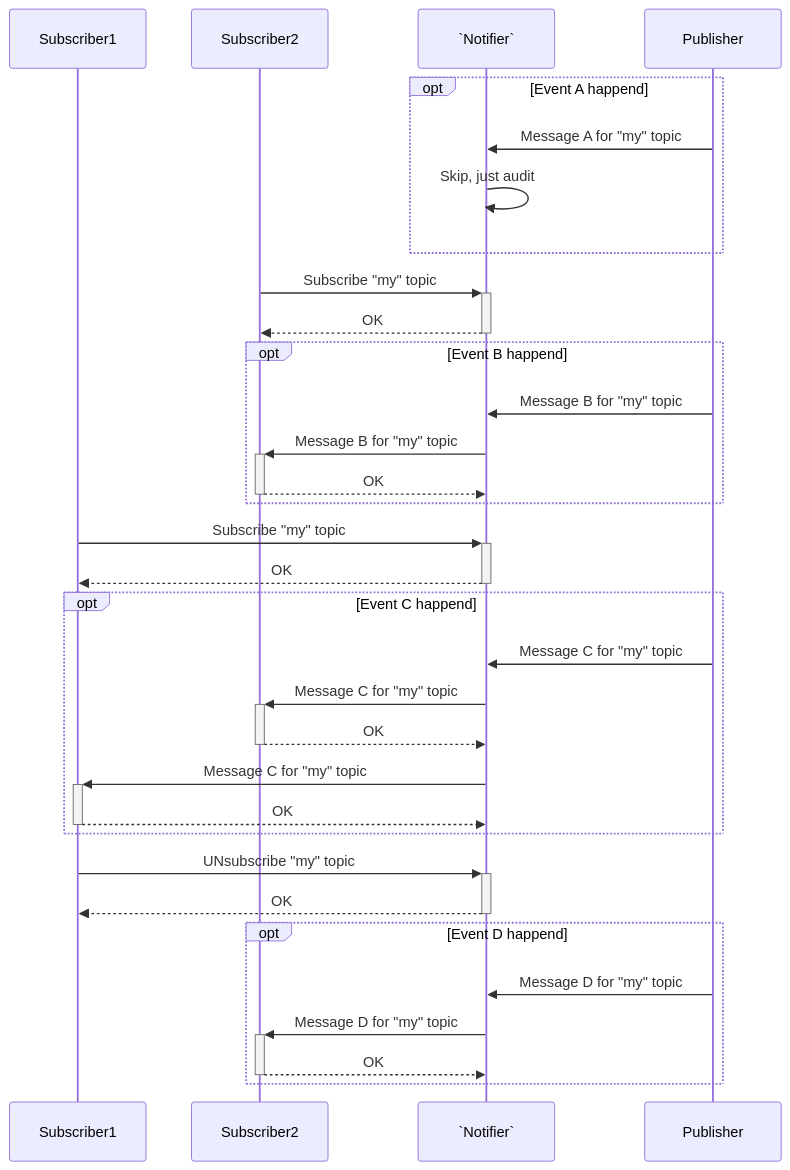
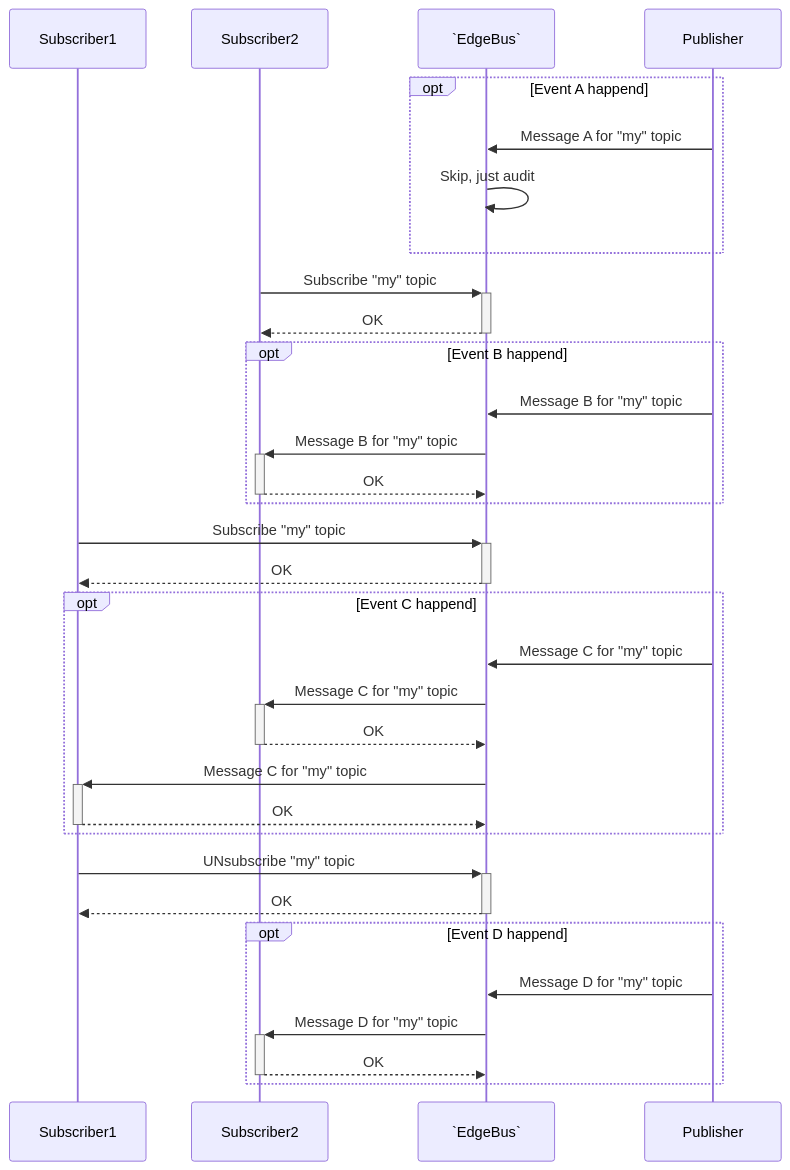
The diagram in docs/_bak/notifier.md (edgebus/edgebus), drawn with Mermaid before and after one commit. The commit also changed other lines of this file and 61 other files, not shown here.

````diff
--- a/docs/_bak/notifier.md
+++ b/docs/_bak/notifier.md
@@ -12,34 +12,34 @@
 ```mermaid
 sequenceDiagram
 	participant Subscriber1
 	participant Subscriber2
-	participant `Notifier`
+	participant `EdgeBus`
 	participant Publisher
 	opt Event A happend
-		Publisher->>`Notifier`: Message A for "my" topic
-		`Notifier`->>`Notifier`: Skip, just audit
+		Publisher->>`EdgeBus`: Message A for "my" topic
+		`EdgeBus`->>`EdgeBus`: Skip, just audit
 	end
-	Subscriber2->>+`Notifier`: Subscribe "my" topic
-	`Notifier`-->>-Subscriber2: OK
+	Subscriber2->>+`EdgeBus`: Subscribe "my" topic
+	`EdgeBus`-->>-Subscriber2: OK
 	opt Event B happend
-		Publisher->>`Notifier`: Message B for "my" topic
-		`Notifier`->>+Subscriber2: Message B for "my" topic
-		Subscriber2-->>-`Notifier`: OK
+		Publisher->>`EdgeBus`: Message B for "my" topic
+		`EdgeBus`->>+Subscriber2: Message B for "my" topic
+		Subscriber2-->>-`EdgeBus`: OK
 	end
-	Subscriber1->>+`Notifier`: Subscribe "my" topic
-	`Notifier`-->>-Subscriber1: OK
+	Subscriber1->>+`EdgeBus`: Subscribe "my" topic
+	`EdgeBus`-->>-Subscriber1: OK
 	opt Event C happend
-		Publisher->>`Notifier`: Message C for "my" topic
-		`Notifier`->>+Subscriber2: Message C for "my" topic
-		Subscriber2-->>-`Notifier`: OK
-		`Notifier`->>+Subscriber1: Message C for "my" topic
-		Subscriber1-->>-`Notifier`: OK
+		Publisher->>`EdgeBus`: Message C for "my" topic
+		`EdgeBus`->>+Subscriber2: Message C for "my" topic
+		Subscriber2-->>-`EdgeBus`: OK
+		`EdgeBus`->>+Subscriber1: Message C for "my" topic
+		Subscriber1-->>-`EdgeBus`: OK
 	end
-	Subscriber1->>+`Notifier`: UNsubscribe "my" topic
-	`Notifier`-->>-Subscriber1: OK
+	Subscriber1->>+`EdgeBus`: UNsubscribe "my" topic
+	`EdgeBus`-->>-Subscriber1: OK
 	opt Event D happend
-		Publisher->>`Notifier`: Message D for "my" topic
-		`Notifier`->>+Subscriber2: Message D for "my" topic
-		Subscriber2-->>-`Notifier`: OK
+		Publisher->>`EdgeBus`: Message D for "my" topic
+		`EdgeBus`->>+Subscriber2: Message D for "my" topic
+		Subscriber2-->>-`EdgeBus`: OK
 	end
 ```
````
